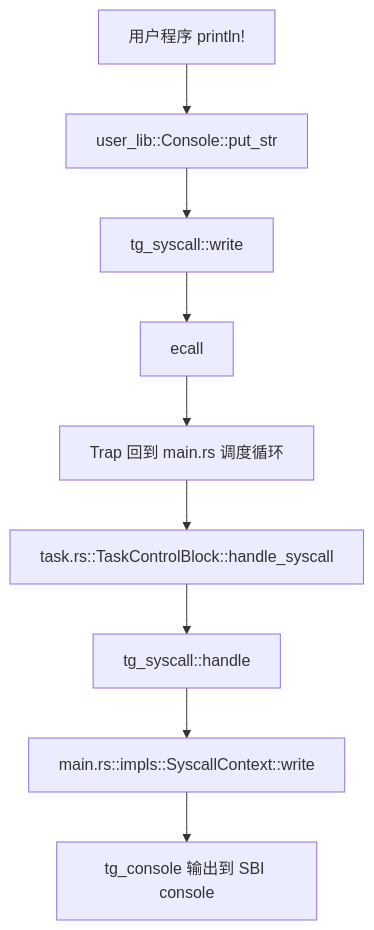
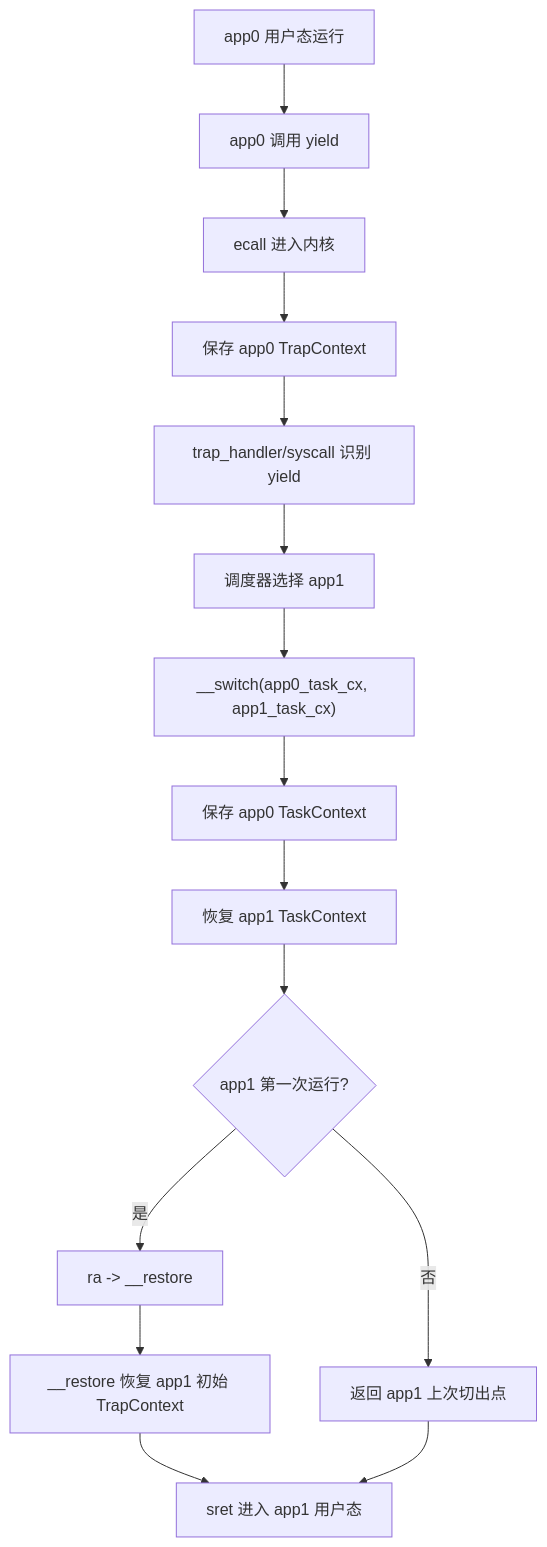
The third of 8 diagrams in doc/ch3/rCore-ch3-代码链与模块对应底稿.md (flyyansii/Tg-rCore-Tutorial-2026S), drawn with Mermaid before and after one commit. The commit also changed other lines of this file and 7 other files, not shown here.

````diff
--- a/doc/ch3/rCore-ch3-代码链与模块对应底稿.md
+++ b/doc/ch3/rCore-ch3-代码链与模块对应底稿.md
@@ -93,11 +227,17 @@
 ```mermaid
 flowchart TD
-    A["用户程序 println!"] --> B["user_lib::Console::put_str"]
-    B --> C["tg_syscall::write"]
-    C --> D["ecall"]
-    D --> E["Trap 回到 main.rs 调度循环"]
-    E --> F["task.rs::TaskControlBlock::handle_syscall"]
-    F --> G["tg_syscall::handle"]
-    G --> H["main.rs::impls::SyscallContext::write"]
-    H --> I["tg_console 输出到 SBI console"]
+    A["app0 用户态运行"] --> B["app0 调用 yield"]
+    B --> C["ecall 进入内核"]
+    C --> D["保存 app0 TrapContext"]
+    D --> E["trap_handler/syscall 识别 yield"]
+    E --> F["调度器选择 app1"]
+    F --> G["__switch(app0_task_cx, app1_task_cx)"]
+    G --> H["保存 app0 TaskContext"]
+    H --> I["恢复 app1 TaskContext"]
+    I --> J{"app1 第一次运行?"}
+    J -- "是" --> K["ra -> __restore"]
+    K --> L["__restore 恢复 app1 初始 TrapContext"]
+    J -- "否" --> M["返回 app1 上次切出点"]
+    L --> N["sret 进入 app1 用户态"]
+    M --> N
 ```
````
